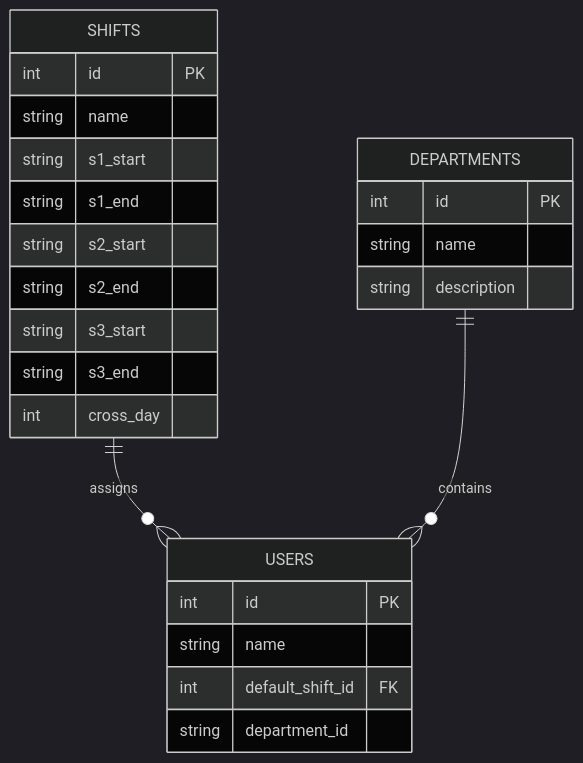
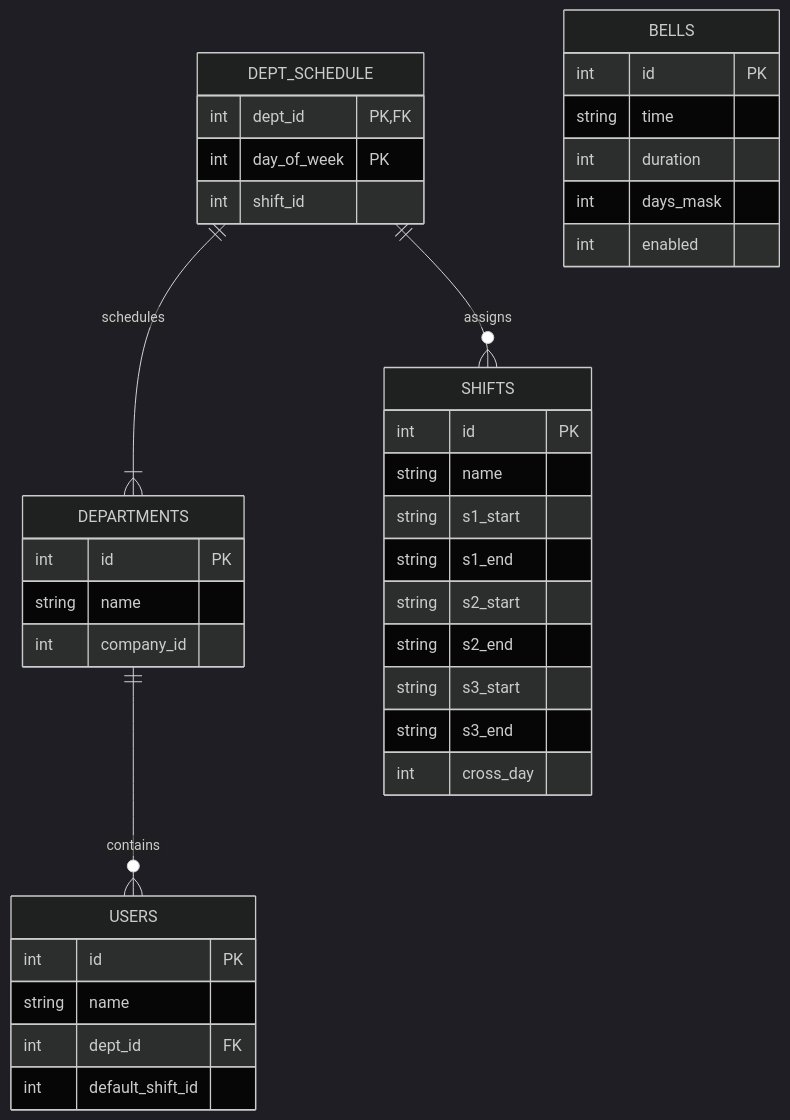
One commit to Drunk552/SmartAttendance changed diagram 12 of 14 in .qoder/repowiki/zh/content/功能模块详解/班次管理界面.md. Above: the diagram before and after it, drawn with Mermaid (dark theme). The commit also changed other lines of this file and 15 other files, not shown here.

````diff
--- a/.qoder/repowiki/zh/content/功能模块详解/班次管理界面.md
+++ b/.qoder/repowiki/zh/content/功能模块详解/班次管理界面.md
@@ -204,27 +456,40 @@
 ```mermaid
 erDiagram
+DEPARTMENTS {
+int id PK
+string name
+int company_id
+}
+USERS {
+int id PK
+string name
+int dept_id FK
+int default_shift_id
+}
 SHIFTS {
 int id PK
 string name
 string s1_start
 string s1_end
 string s2_start
 string s2_end
 string s3_start
 string s3_end
 int cross_day
 }
-USERS {
+DEPT_SCHEDULE {
+int dept_id PK,FK
+int day_of_week PK
+int shift_id
+}
+BELLS {
 int id PK
-string name
-int default_shift_id FK
-string department_id
+string time
+int duration
+int days_mask
+int enabled
 }
-DEPARTMENTS {
-int id PK
-string name
-string description
-}
-SHIFTS ||--o{ USERS : assigns
 DEPARTMENTS ||--o{ USERS : contains
+DEPT_SCHEDULE ||--|{ DEPARTMENTS : schedules
+DEPT_SCHEDULE ||--o{ SHIFTS : assigns
 ```
````
